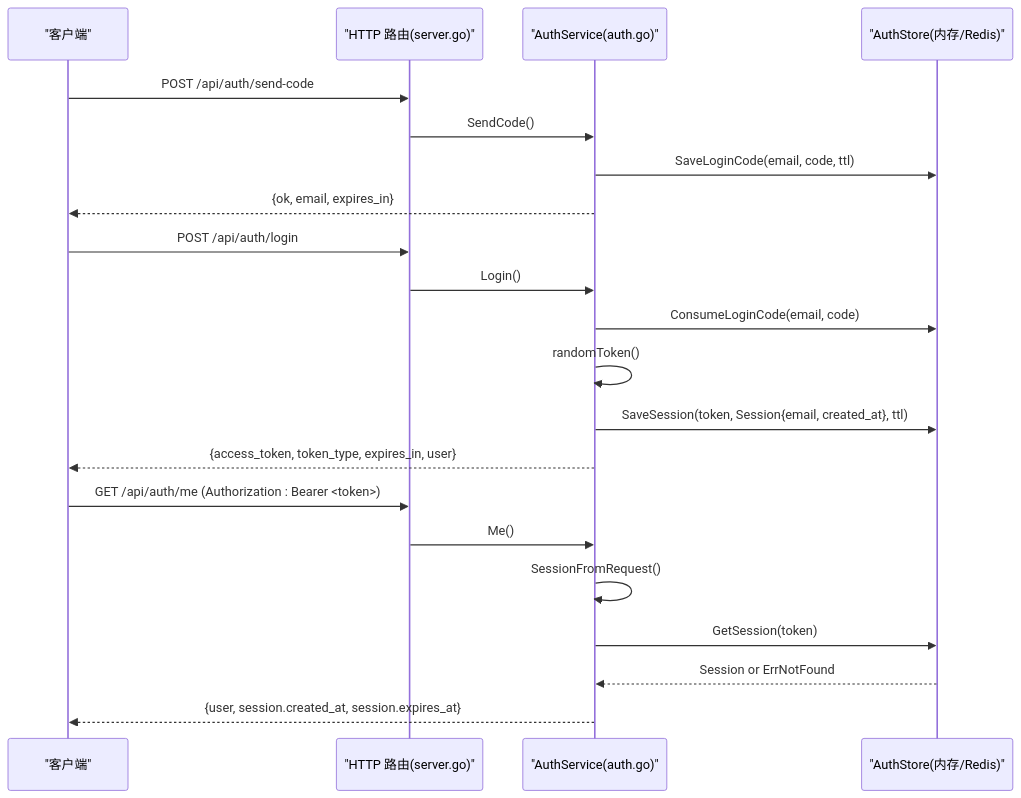
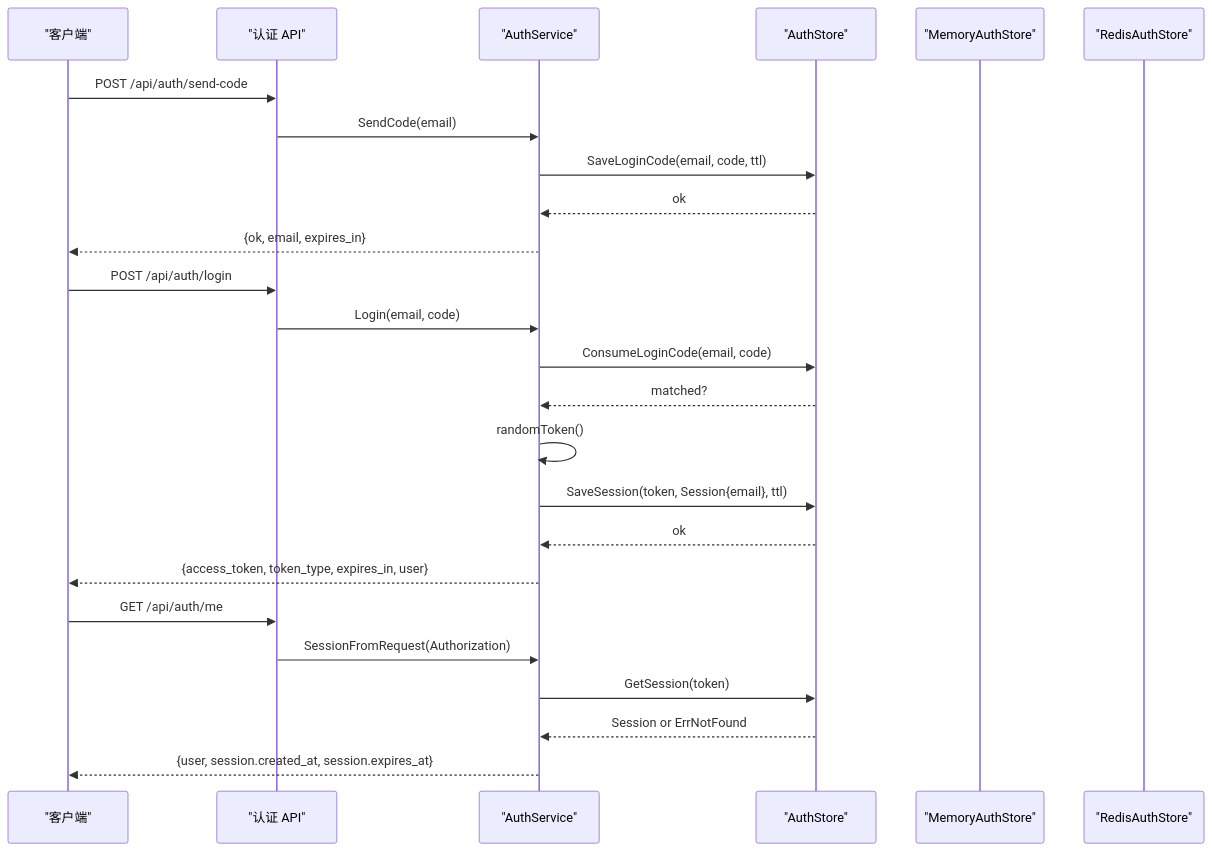
The third of 11 diagrams in .qoder/repowiki/zh/content/云端后端服务/用户认证系统/会话管理机制.md (alvinwangzi/goodhr), drawn with Mermaid before and after one commit. The commit also changed other lines of this file and 149 other files, not shown here.

````diff
--- a/.qoder/repowiki/zh/content/云端后端服务/用户认证系统/会话管理机制.md
+++ b/.qoder/repowiki/zh/content/云端后端服务/用户认证系统/会话管理机制.md
@@ -67,23 +139,27 @@
 ```mermaid
 sequenceDiagram
 participant Client as "客户端"
-participant Server as "HTTP 路由(server.go)"
-participant Auth as "AuthService(auth.go)"
-participant Store as "AuthStore(内存/Redis)"
-Client->>Server : POST /api/auth/send-code
-Server->>Auth : SendCode()
-Auth->>Store : SaveLoginCode(email, code, ttl)
-Auth-->>Client : {ok, email, expires_in}
-Client->>Server : POST /api/auth/login
-Server->>Auth : Login()
-Auth->>Store : ConsumeLoginCode(email, code)
-Auth->>Auth : randomToken()
-Auth->>Store : SaveSession(token, Session{email, created_at}, ttl)
-Auth-->>Client : {access_token, token_type, expires_in, user}
-Client->>Server : GET /api/auth/me (Authorization : Bearer <token>)
-Server->>Auth : Me()
-Auth->>Auth : SessionFromRequest()
-Auth->>Store : GetSession(token)
-Store-->>Auth : Session or ErrNotFound
-Auth-->>Client : {user, session.created_at, session.expires_at}
+participant AuthAPI as "认证 API"
+participant AuthService as "AuthService"
+participant Store as "AuthStore"
+participant MemoryStore as "MemoryAuthStore"
+participant RedisStore as "RedisAuthStore"
+Client->>AuthAPI : POST /api/auth/send-code
+AuthAPI->>AuthService : SendCode(email)
+AuthService->>Store : SaveLoginCode(email, code, ttl)
+Store-->>AuthService : ok
+AuthService-->>Client : {ok, email, expires_in}
+Client->>AuthAPI : POST /api/auth/login
+AuthAPI->>AuthService : Login(email, code)
+AuthService->>Store : ConsumeLoginCode(email, code)
+Store-->>AuthService : matched?
+AuthService->>AuthService : randomToken()
+AuthService->>Store : SaveSession(token, Session{email}, ttl)
+Store-->>AuthService : ok
+AuthService-->>Client : {access_token, token_type, expires_in, user}
+Client->>AuthAPI : GET /api/auth/me
+AuthAPI->>AuthService : SessionFromRequest(Authorization)
+AuthService->>Store : GetSession(token)
+Store-->>AuthService : Session or ErrNotFound
+AuthService-->>Client : {user, session.created_at, session.expires_at}
 ```
````
